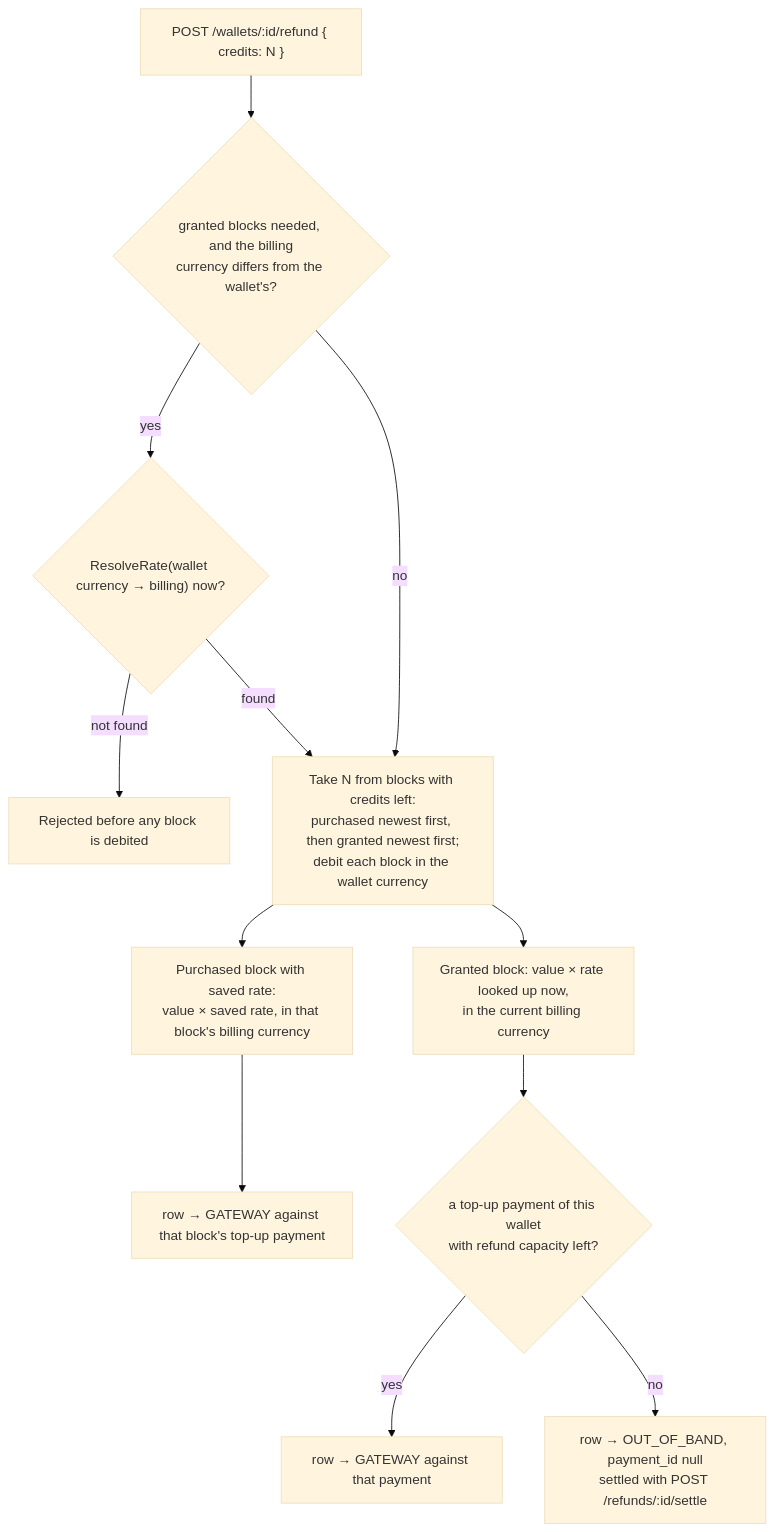
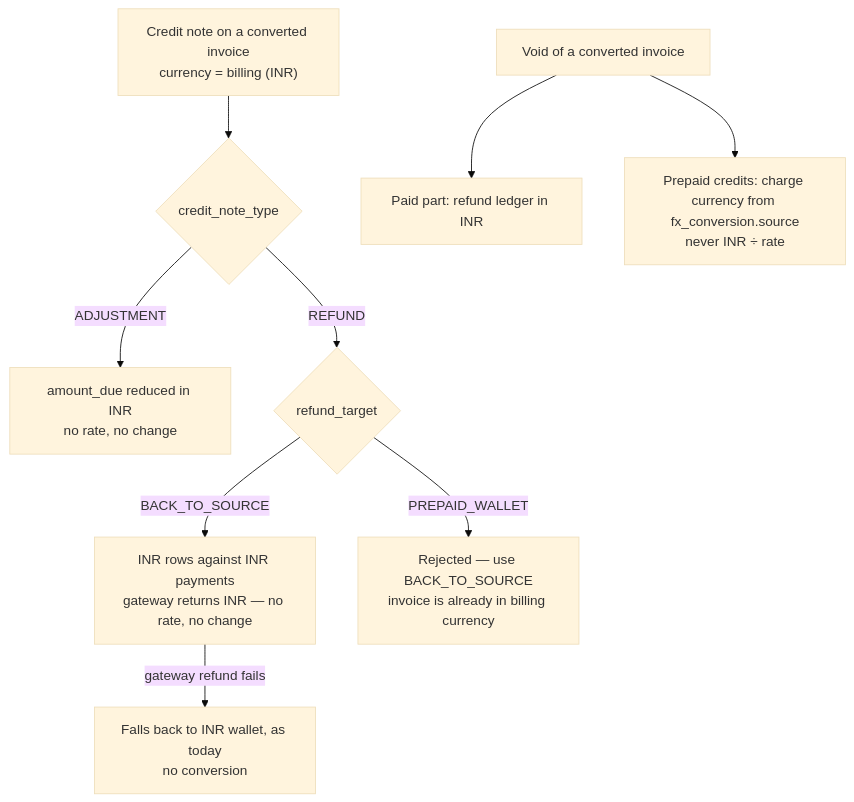
One commit to aghijap/flexprice-FLE-1411 changed the fifth of 8 diagrams in docs/design/2026-09-26-FLE-1383-adaptive-multi-currency-erd.md. Above: the diagram before and after it, drawn with Mermaid (base theme). The commit also changed other lines of this file, not shown here.

Commit message:
docs(FLE-1383): author edits — tenant scope, rate validity windows, line original amounts, wallets unchanged

````diff
--- a/docs/design/2026-09-26-FLE-1383-adaptive-multi-currency-erd.md
+++ b/docs/design/2026-09-26-FLE-1383-adaptive-multi-currency-erd.md
@@ -799,14 +469,11 @@
 ```mermaid
 flowchart TD
-    A["POST /wallets/:id/refund { credits: N }"] --> G{"granted blocks needed, and the billing<br/>currency differs from the wallet's?"}
-    G -- yes --> RR{"ResolveRate(wallet currency → billing) now?"}
-    RR -- "not found" --> REJ["Rejected before any block is debited"]
-    RR -- found --> ALLOC
-    G -- no --> ALLOC["Take N from blocks with credits left:<br/>purchased newest first, then granted newest first;<br/>debit each block in the wallet currency"]
-    ALLOC --> P["Purchased block with saved rate:<br/>value × saved rate, in that block's billing currency"]
-    P --> PGW["row → GATEWAY against that block's top-up payment"]
-    ALLOC --> GR["Granted block: value × rate looked up now,<br/>in the current billing currency"]
-    GR --> CAP{"a top-up payment of this wallet<br/>with refund capacity left?"}
-    CAP -- yes --> GW["row → GATEWAY against that payment"]
-    CAP -- no --> OOB["row → OUT_OF_BAND, payment_id null<br/>settled with POST /refunds/:id/settle"]
+    CN["Credit note on a converted invoice<br/>currency = billing (INR)"] --> T{"credit_note_type"}
+    T -- ADJUSTMENT --> ADJ["amount_due reduced in INR<br/>no rate, no change"]
+    T -- REFUND --> RT{"refund_target"}
+    RT -- BACK_TO_SOURCE --> GW["INR rows against INR payments<br/>gateway returns INR — no rate, no change"]
+    RT -- PREPAID_WALLET --> REJ["Rejected — use BACK_TO_SOURCE<br/>invoice is already in billing currency"]
+    GW -- "gateway refund fails" --> FB["Falls back to INR wallet, as today<br/>no conversion"]
+    VOID["Void of a converted invoice"] --> V1["Paid part: refund ledger in INR"]
+    VOID --> V2["Prepaid credits: charge currency from fx_conversion.source<br/>never INR ÷ rate"]
 ```
````
